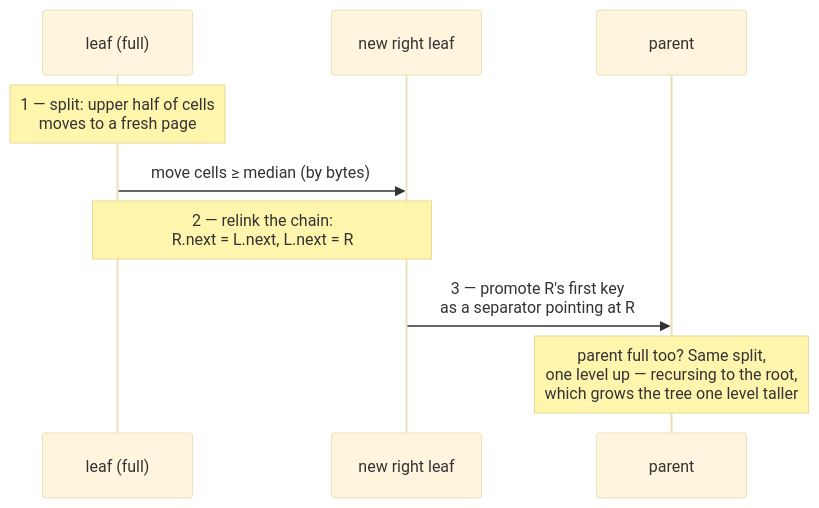
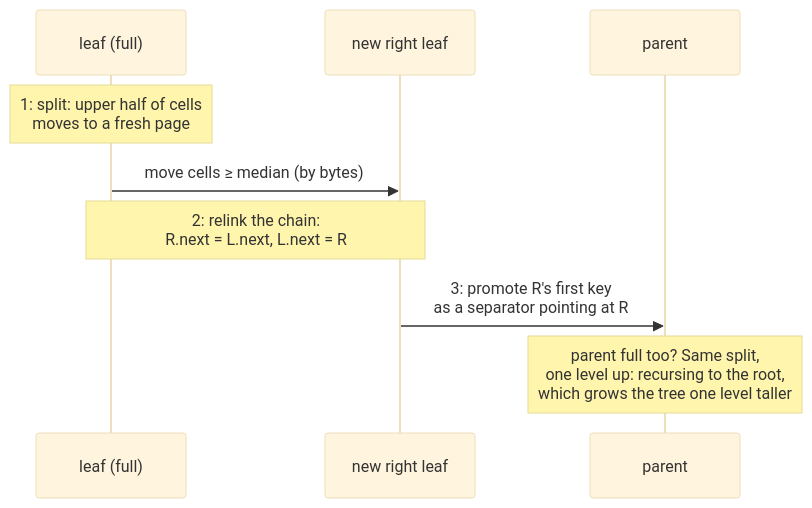
The diagram in architecture/btree.md (Abdullah-Masood-05/bisondb-site), drawn with Mermaid (base theme) before and after one commit. The commit also changed other lines of this file and 22 other files, not shown here.

````diff
--- a/architecture/btree.md
+++ b/architecture/btree.md
@@ -121,11 +120,11 @@
 ```mermaid
 sequenceDiagram
     participant L as leaf (full)
     participant R as new right leaf
     participant P as parent
-    Note over L: 1 — split: upper half of cells<br/>moves to a fresh page
+    Note over L: 1: split: upper half of cells<br/>moves to a fresh page
     L->>R: move cells ≥ median (by bytes)
-    Note over L,R: 2 — relink the chain:<br/>R.next = L.next, L.next = R
-    R->>P: 3 — promote R's first key<br/>as a separator pointing at R
-    Note over P: parent full too? Same split,<br/>one level up — recursing to the root,<br/>which grows the tree one level taller
+    Note over L,R: 2: relink the chain:<br/>R.next = L.next, L.next = R
+    R->>P: 3: promote R's first key<br/>as a separator pointing at R
+    Note over P: parent full too? Same split,<br/>one level up: recursing to the root,<br/>which grows the tree one level taller
 ```
````
